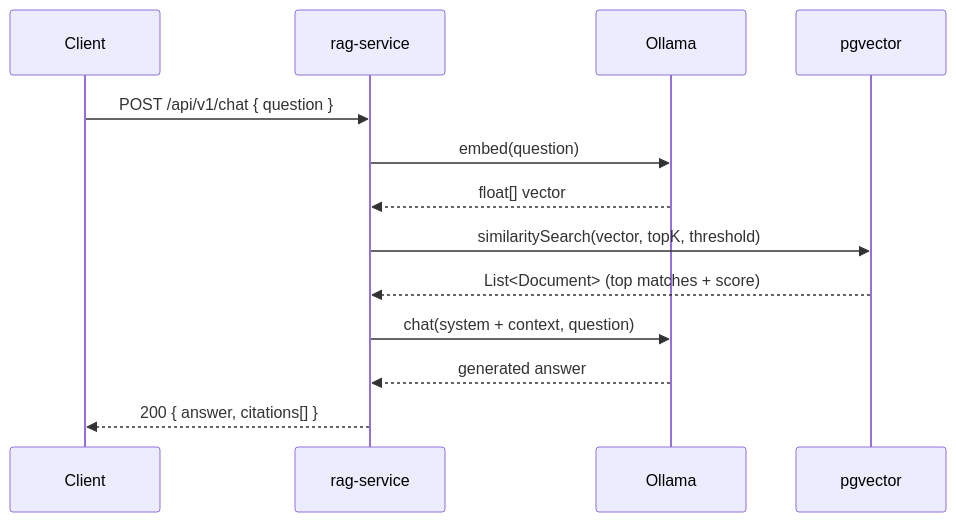
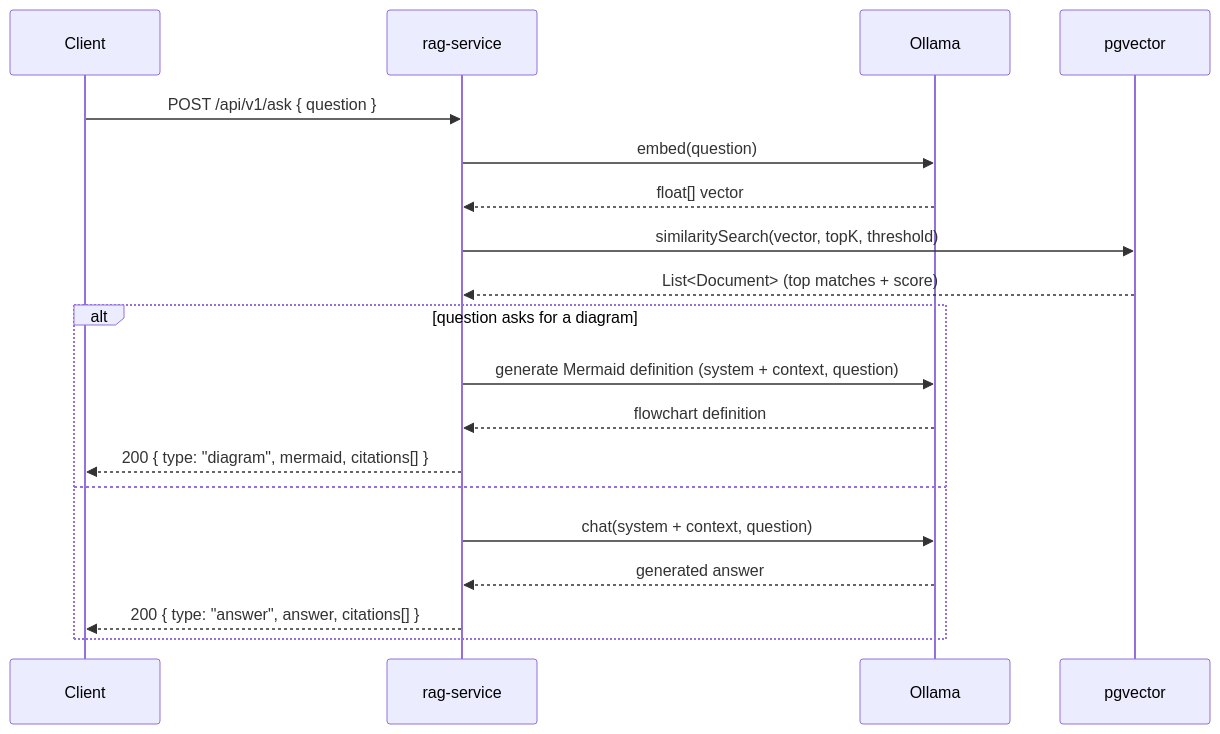
One commit to eniglio-ctrl/enterprise-rag-platform changed the third of 3 diagrams in docs/architecture.md. Above: the diagram before and after it, drawn with Mermaid. The commit also changed other lines of this file and 18 other files, not shown here.

First line of the commit message:
Add unified ask endpoint, Mermaid diagram generation, and routing fixes

````diff
--- a/docs/architecture.md
+++ b/docs/architecture.md
@@ -53,16 +60,22 @@
 ```mermaid
 sequenceDiagram
     participant U as Client
     participant C as rag-service
     participant O as Ollama
     participant P as pgvector
 
-    U->>C: POST /api/v1/chat { question }
+    U->>C: POST /api/v1/ask { question }
     C->>O: embed(question)
     O-->>C: float[] vector
     C->>P: similaritySearch(vector, topK, threshold)
     P-->>C: List<Document> (top matches + score)
-    C->>O: chat(system + context, question)
-    O-->>C: generated answer
-    C-->>U: 200 { answer, citations[] }
+    alt question asks for a diagram
+        C->>O: generate Mermaid definition (system + context, question)
+        O-->>C: flowchart definition
+        C-->>U: 200 { type: "diagram", mermaid, citations[] }
+    else
+        C->>O: chat(system + context, question)
+        O-->>C: generated answer
+        C-->>U: 200 { type: "answer", answer, citations[] }
+    end
 ```
````
